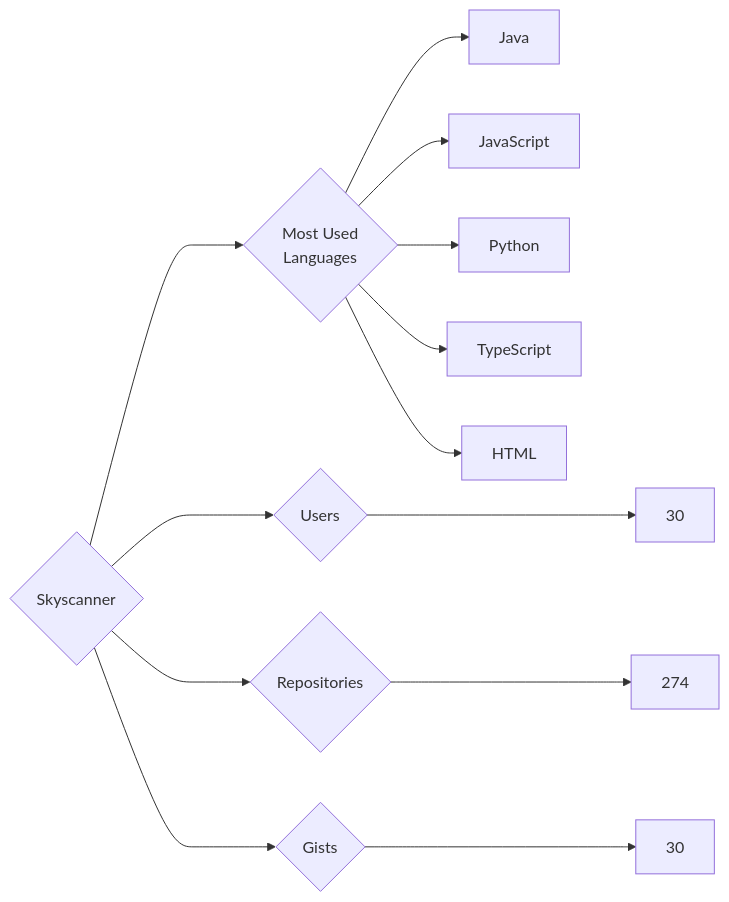
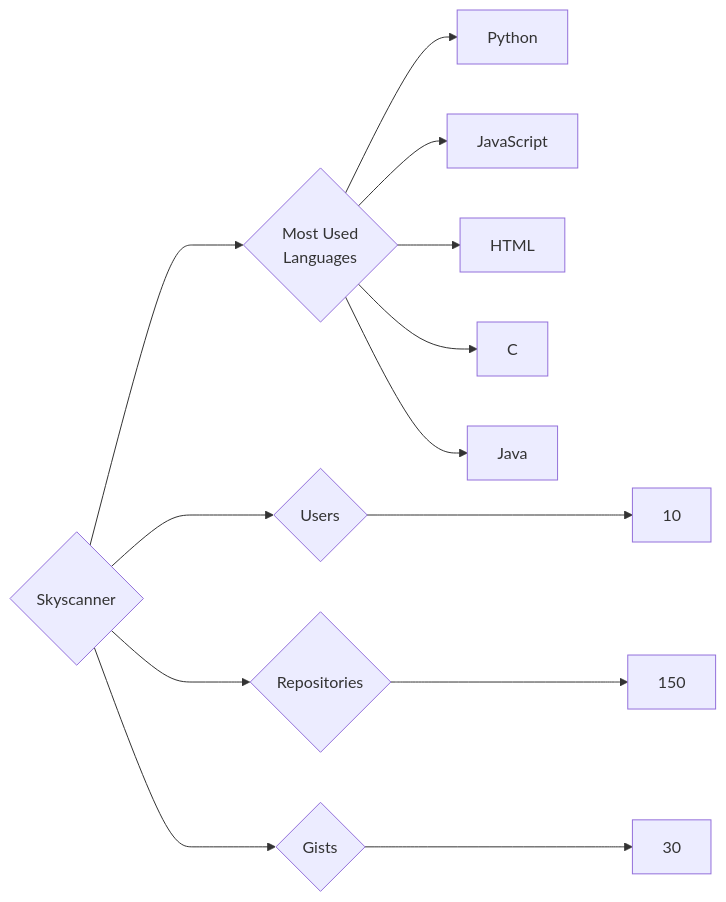
One commit to trickest/insiders changed the diagram in targets/Skyscanner/README.md. Above: the diagram before and after it, drawn with Mermaid. The commit also changed 948 other files, not shown here.

````diff
--- a/targets/Skyscanner/README.md
+++ b/targets/Skyscanner/README.md
@@ -3,13 +3,13 @@
 ```mermaid
 graph LR
 COMPANY_NAME{Skyscanner}
-COMPANY_NAME ---> U{Users} ---> UN[30]
-COMPANY_NAME ---> R{Repositories} ---> RN[274]
+COMPANY_NAME ---> U{Users} ---> UN[10]
+COMPANY_NAME ---> R{Repositories} ---> RN[150]
 COMPANY_NAME ---> G{Gists} ---> GN[30]
 COMPANY_NAME ---> ML{Most Used<br>Languages}
+ML --> Python[Python]
+ML --> JavaScript[JavaScript]
+ML --> HTML[HTML]
+ML --> C[C]
 ML --> Java[Java]
-ML --> JavaScript[JavaScript]
-ML --> Python[Python]
-ML --> TypeScript[TypeScript]
-ML --> HTML[HTML]
 ```
````
